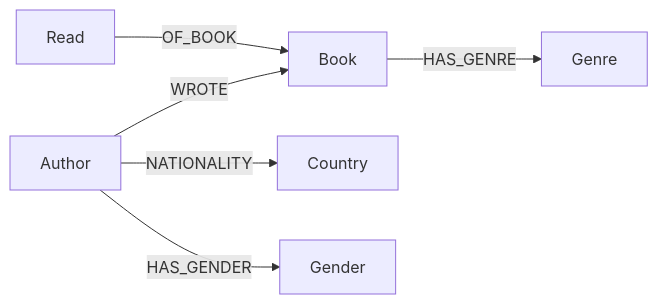
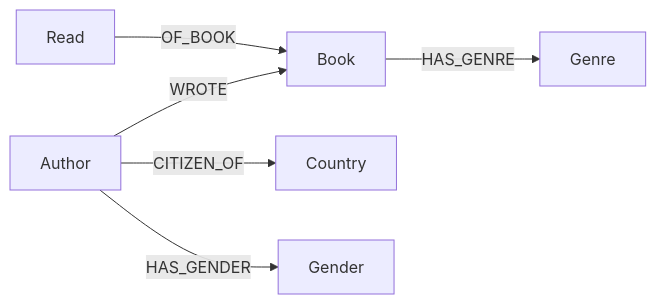
The second of 2 diagrams in schema/schema.md (opavon/books_kg), drawn with Mermaid before and after one commit. The commit also changed other lines of this file, not shown here.

````diff
--- a/schema/schema.md
+++ b/schema/schema.md
@@ -48,8 +59,8 @@
 ```mermaid
 graph LR
     Author -->|WROTE| Book
     Read -->|OF_BOOK| Book
     Book -->|HAS_GENRE| Genre
-    Author -->|NATIONALITY| Country
+    Author -->|CITIZEN_OF| Country
     Author -->|HAS_GENDER| Gender
 ```
````
